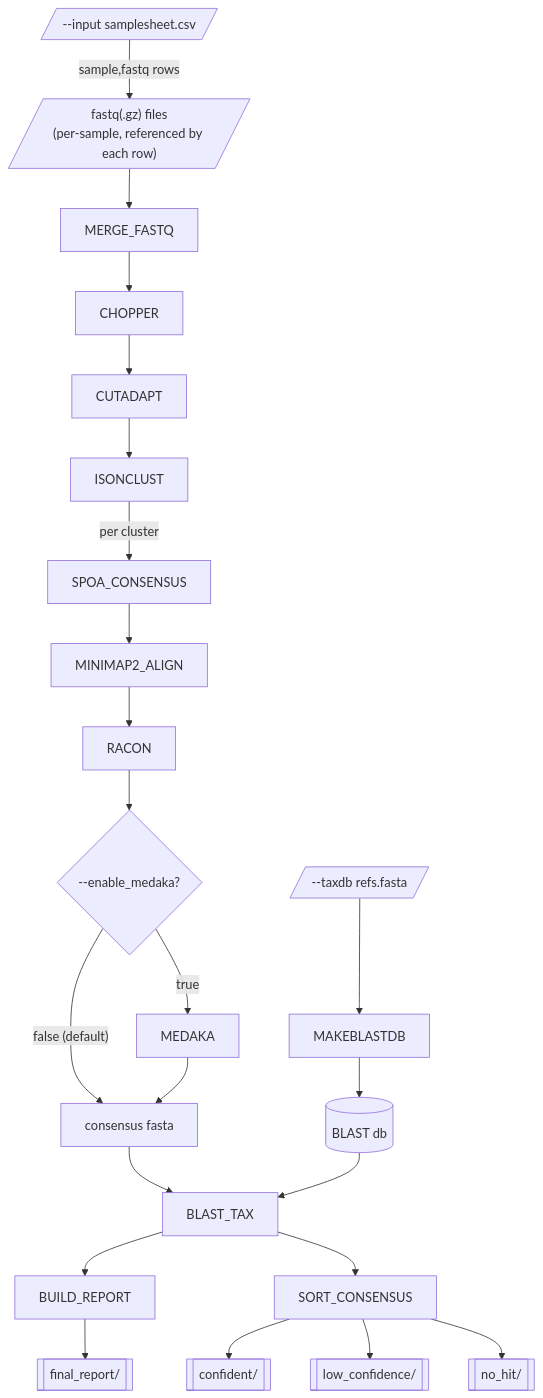
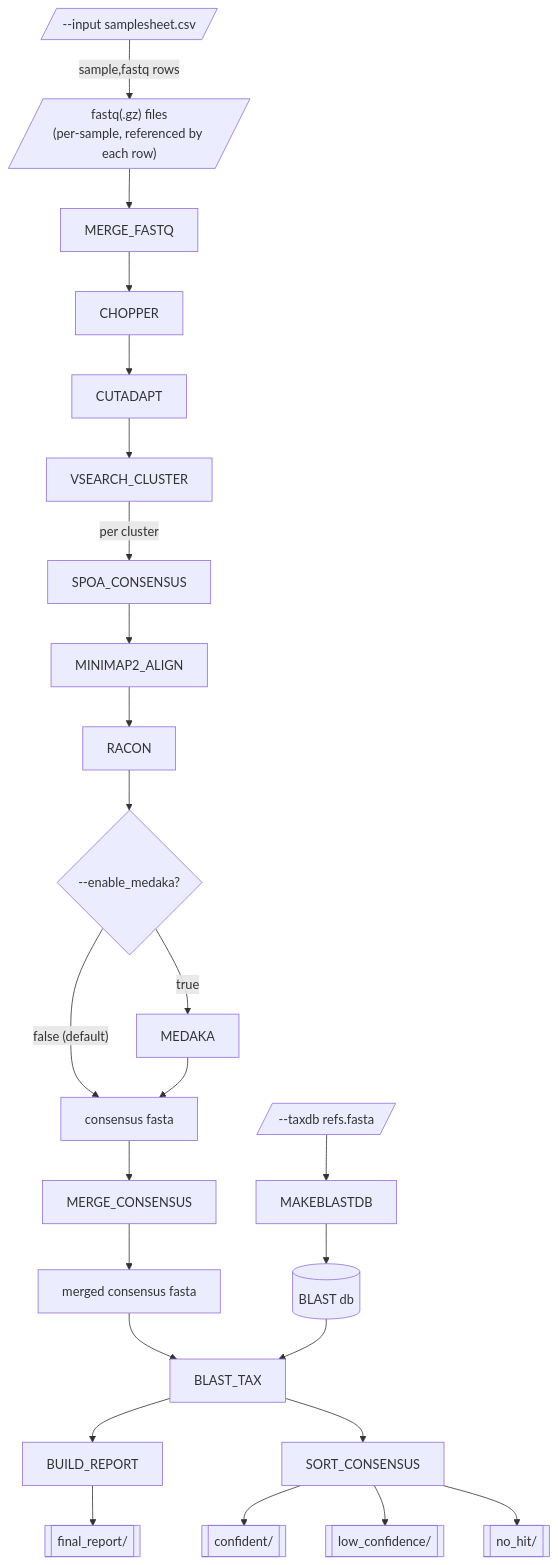
One commit to ehill-iolani/edna-ont-nf changed the diagram in README.md. Above: the diagram before and after it, drawn with Mermaid. The commit also changed other lines of this file and 9 other files, not shown here.

Commit message:
replace isONclust with vsearch clustering; add consensus merge and abundance flags

````diff
--- a/README.md
+++ b/README.md
@@ -78,24 +81,25 @@
 ```mermaid
 flowchart TD
     taxdb[/"--taxdb refs.fasta"/] --> MAKEBLASTDB
     MAKEBLASTDB --> blastdb[("BLAST db")]
 
     reads[/"--input samplesheet.csv"/] -->|"sample,fastq rows"| fastqs[/"fastq(.gz) files\n(per-sample, referenced by each row)"/]
-    fastqs --> MERGE_FASTQ --> CHOPPER --> CUTADAPT --> ISONCLUST
-    ISONCLUST -->|"per cluster"| SPOA_CONSENSUS --> MINIMAP2_ALIGN --> RACON
+    fastqs --> MERGE_FASTQ --> CHOPPER --> CUTADAPT --> VSEARCH_CLUSTER
+    VSEARCH_CLUSTER -->|"per cluster"| SPOA_CONSENSUS --> MINIMAP2_ALIGN --> RACON
 
     RACON --> medaka_check{"--enable_medaka?"}
     medaka_check -->|"false (default)"| consensus["consensus fasta"]
     medaka_check -->|"true"| MEDAKA --> consensus
 
-    consensus --> BLAST_TAX
+    consensus --> MERGE_CONSENSUS --> merged["merged consensus fasta"]
+    merged --> BLAST_TAX
     blastdb --> BLAST_TAX
 
     BLAST_TAX --> BUILD_REPORT
     BLAST_TAX --> SORT_CONSENSUS
 
     BUILD_REPORT --> report[["final_report/"]]
     SORT_CONSENSUS --> confident[["confident/"]]
     SORT_CONSENSUS --> lowconf[["low_confidence/"]]
     SORT_CONSENSUS --> nohit[["no_hit/"]]
 ```
````
